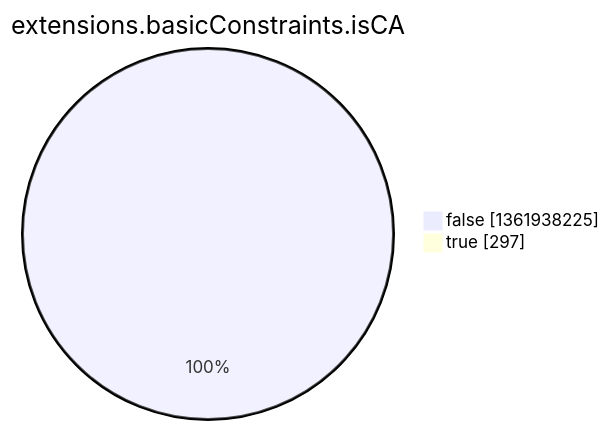
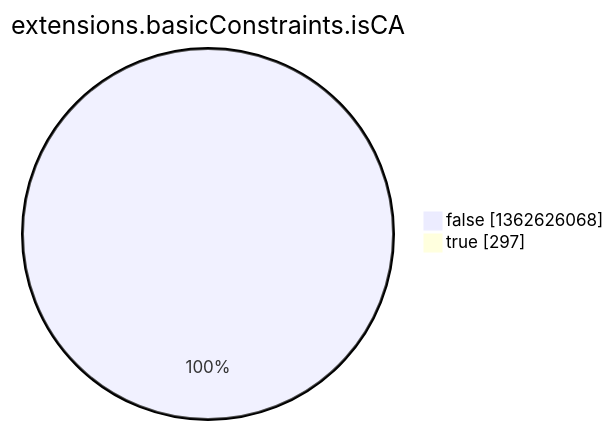
One commit to christiankrug/ctmonitor_visualization changed the eighth of 15 diagrams in argon2022/README.md. Above: the diagram before and after it, drawn with Mermaid. The commit also changed other lines of this file, not shown here.

````diff
--- a/argon2022/README.md
+++ b/argon2022/README.md
@@ -2758,6 +2758,6 @@
 ```mermaid
 pie showData
 title extensions.basicConstraints.isCA
-"false" :1361938225
+"false" :1362626068
 "true" :297
 ```
````
